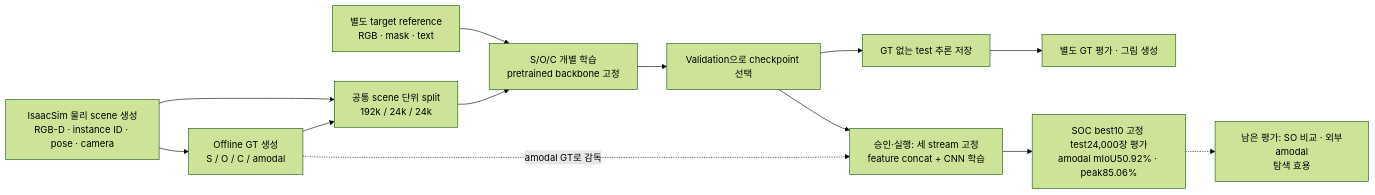
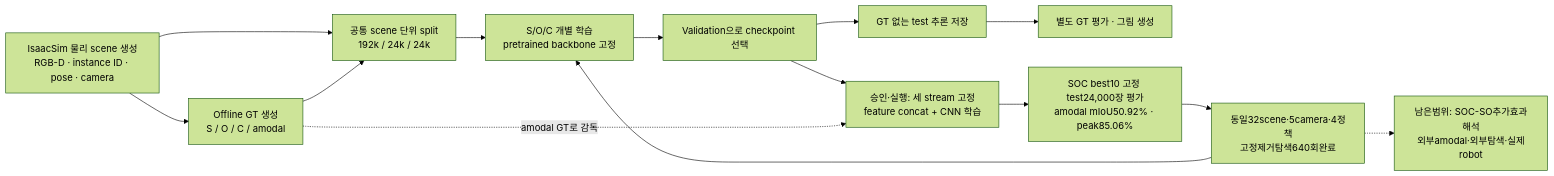
One commit to JeonHaneul/2D-PDM_DINOv3 changed the diagram in framework_guide.md. Above: the diagram before and after it, drawn with Mermaid (forest theme). The commit also changed other lines of this file and 24 other files, not shown here.

````diff
--- a/framework_guide.md
+++ b/framework_guide.md
@@ -30,15 +42,16 @@
 ```mermaid
 flowchart LR
     A["IsaacSim 물리 scene 생성<br/>RGB-D · instance ID · pose · camera"] --> G["Offline GT 생성<br/>S / O / C / amodal"]
     A --> I["공통 scene 단위 split<br/>192k / 24k / 24k"]
     G --> I
     R["별도 target reference<br/>RGB · mask · text"] --> T["S/O/C 개별 학습<br/>pretrained backbone 고정"]
     I --> T
     T --> V["Validation으로 checkpoint 선택"]
     V --> P["GT 없는 test 추론 저장"]
     P --> E["별도 GT 평가 · 그림 생성"]
     V --> F["승인·실행: 세 stream 고정<br/>feature concat + CNN 학습"]
     G -.->|"amodal GT로 감독"| F
     F --> Q["SOC best10 고정 test24,000장 평가<br/>amodal mIoU50.92% · peak85.06%"]
-    Q -.-> Z["남은 평가: SO 비교 · 외부amodal<br/>탐색 효용"]
+    Q --> R["동일32scene·5camera·4정책<br/>고정제거탐색640회완료"]
+    R -.-> Z["남은범위: SOC-SO추가효과해석<br/>외부amodal·외부탐색·실제robot"]
 ```
````
